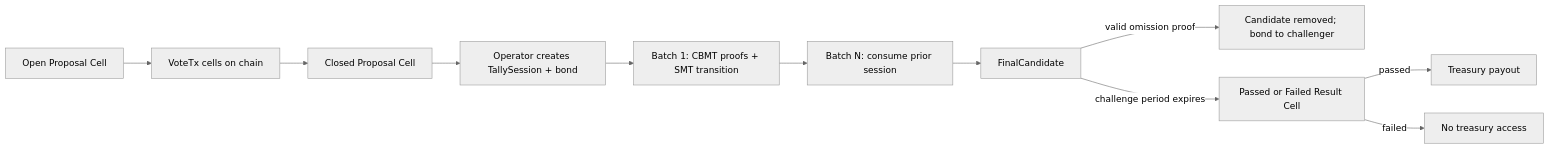
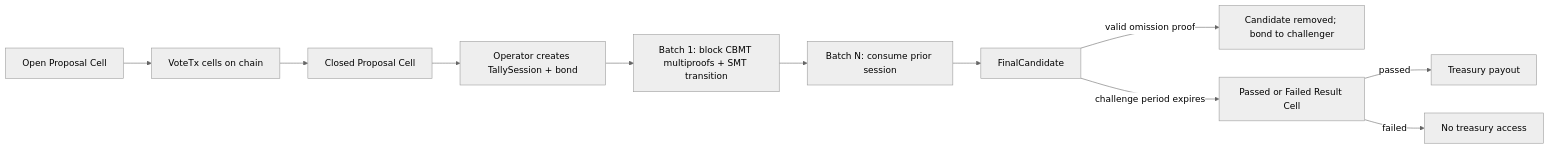
Before and after one commit to chenyukang/ckb-treasury-lab: the first of 3 diagrams in docs/on-chain-voting-with-batch-settlement.md, drawn with Mermaid (neutral theme). The commit also changed other lines of this file and 12 other files, not shown here.

````diff
--- a/docs/on-chain-voting-with-batch-settlement.md
+++ b/docs/on-chain-voting-with-batch-settlement.md
@@ -12,13 +12,13 @@
 ```mermaid
 flowchart LR
     P["Open Proposal Cell"] --> V["VoteTx cells on chain"]
     V --> C["Closed Proposal Cell"]
     C --> S["Operator creates TallySession + bond"]
-    S --> B1["Batch 1: CBMT proofs + SMT transition"]
+    S --> B1["Batch 1: block CBMT multiproofs + SMT transition"]
     B1 --> BN["Batch N: consume prior session"]
     BN --> F["FinalCandidate"]
     F -->|"valid omission proof"| X["Candidate removed; bond to challenger"]
     F -->|"challenge period expires"| R["Passed or Failed Result Cell"]
     R -->|"passed"| T["Treasury payout"]
     R -->|"failed"| Z["No treasury access"]
 ```
````
